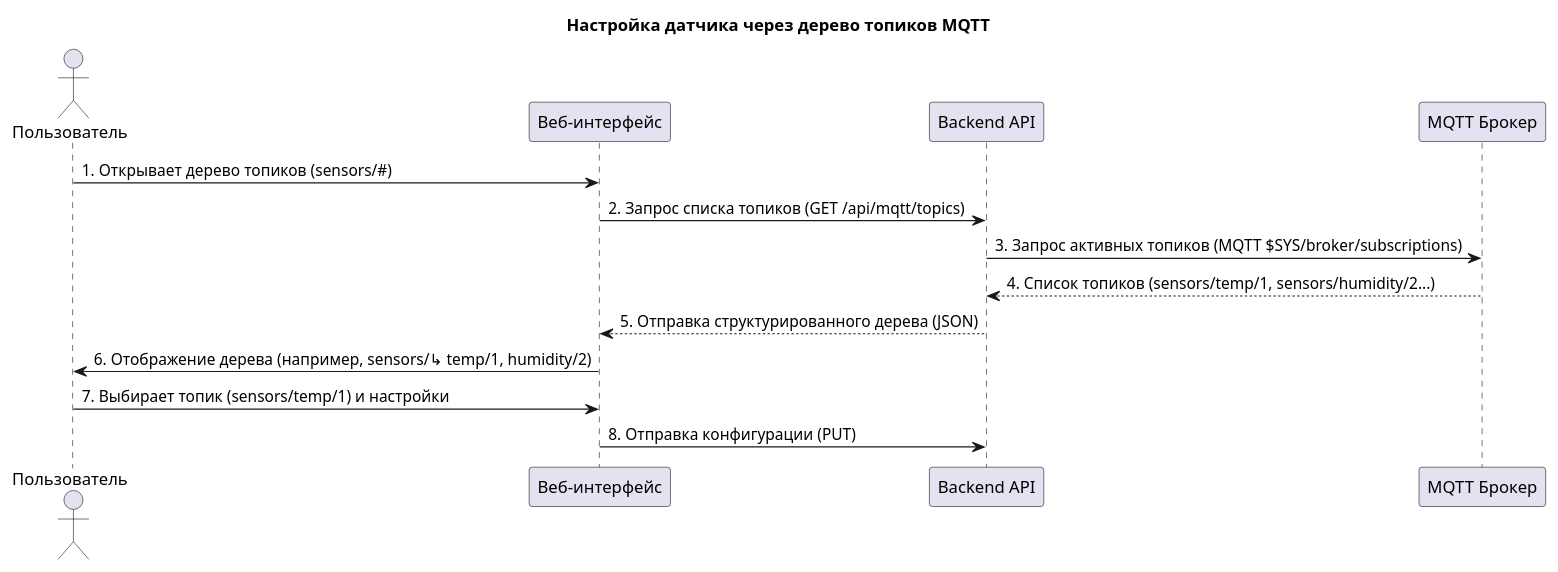
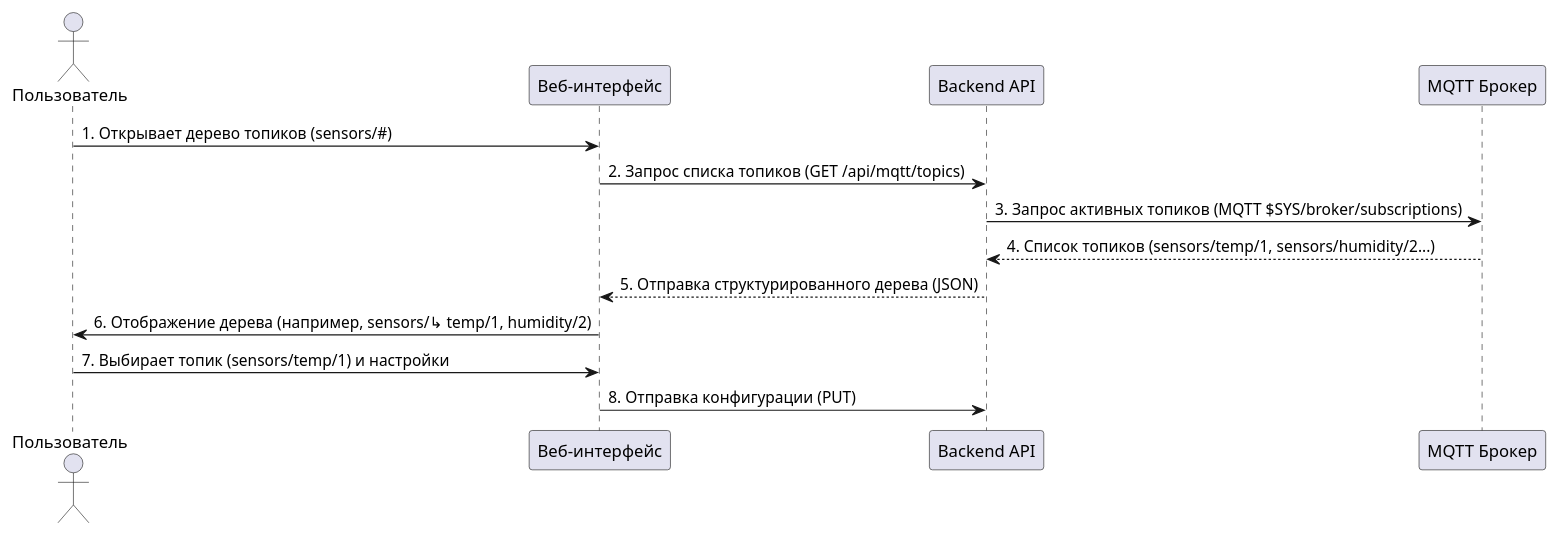
Before and after one commit to ijade/ModulesMonitor: the diagram in uml/SequenceConfigModule.puml, drawn with PlantUML. The commit also changed 29 other files, not shown here.

Commit message:
UI changes, added PlantUML diagrams

```diff
--- a/uml/SequenceConfigModule.puml
+++ b/uml/SequenceConfigModule.puml
@@ -1,20 +1,19 @@
 @startuml
-title Настройка датчика через дерево топиков MQTT
 actor Пользователь as User
 participant "Веб-интерфейс" as UI
 participant "Backend API" as API
 participant "MQTT Брокер" as Broker
 
 
 
 User -> UI: 1. Открывает дерево топиков (sensors/#)
 UI -> API: 2. Запрос списка топиков (GET /api/mqtt/topics)
 API -> Broker: 3. Запрос активных топиков (MQTT $SYS/broker/subscriptions)
 Broker --> API: 4. Список топиков (sensors/temp/1, sensors/humidity/2...)
 API --> UI: 5. Отправка структурированного дерева (JSON)
 UI -> User: 6. Отображение дерева (например, sensors/↳ temp/1, humidity/2)
 
 User -> UI: 7. Выбирает топик (sensors/temp/1) и настройки
 UI -> API: 8. Отправка конфигурации (PUT)
 
 @enduml
```
